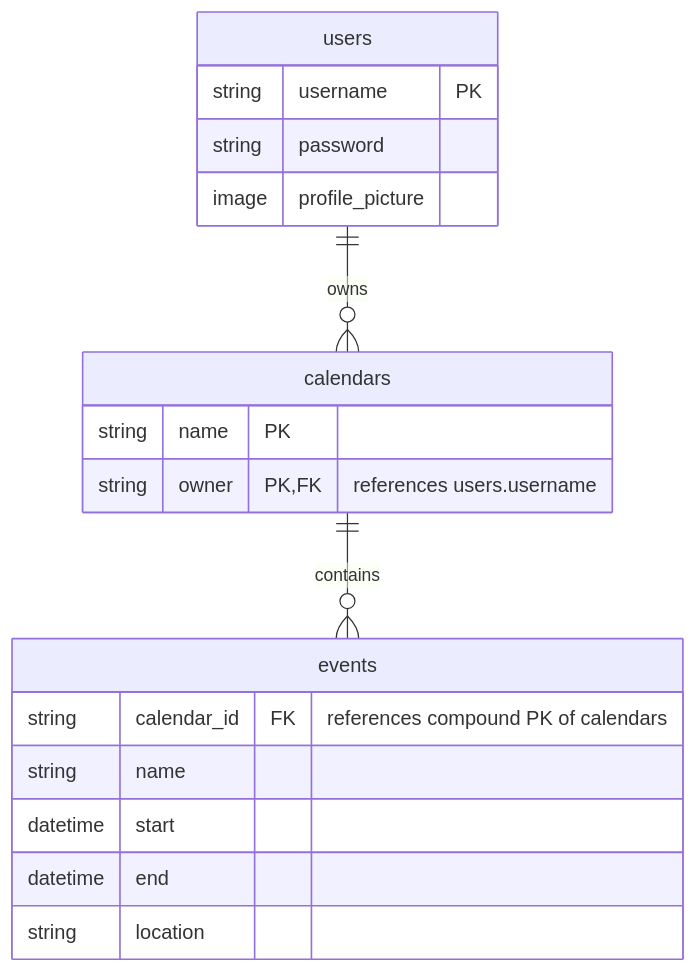
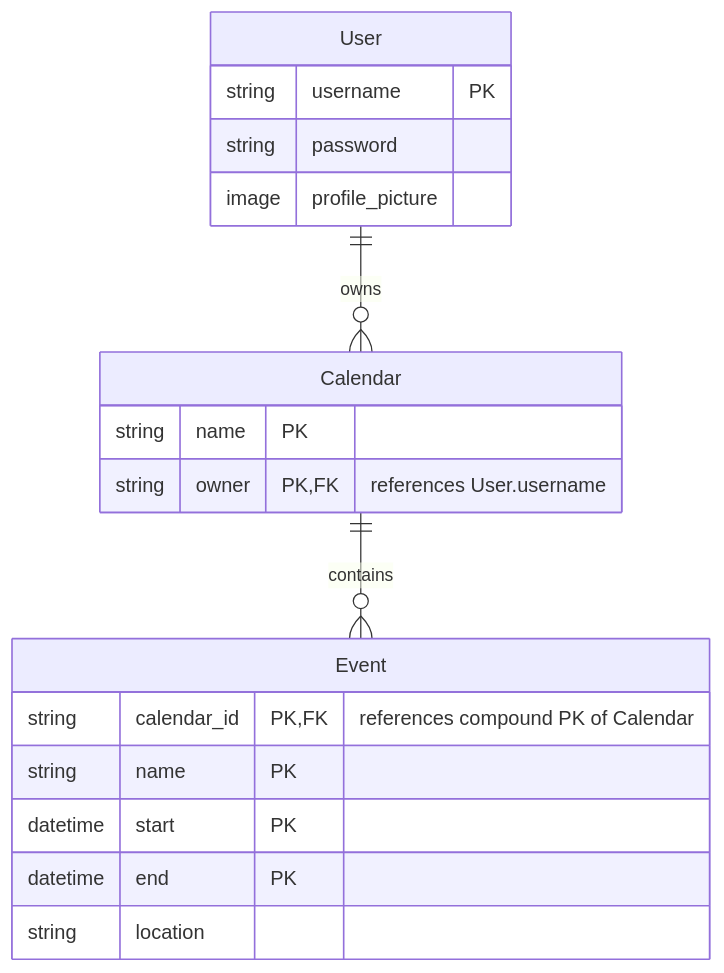
One commit to MatthewMckee4/TimeFrame changed the first of 2 diagrams in README.md. Above: the diagram before and after it, drawn with Mermaid. The commit also changed other lines of this file, not shown here.

````diff
--- a/README.md
+++ b/README.md
@@ -10,24 +10,24 @@
 ```mermaid
 erDiagram
 
-    users ||--o{ calendars : owns
-    users {
+    User ||--o{ Calendar : owns
+    User {
         string username PK
         string password
         image profile_picture
     }
 
-    calendars ||--o{ events : contains
-    calendars {
+    Calendar ||--o{ Event : contains
+    Calendar {
         string name PK
-        string owner PK, FK "references users.username"
+        string owner PK, FK "references User.username"
     }
 
-    events {
-        string calendar_id FK "references compound PK of calendars"
-        string name
-        datetime start
-        datetime end
+    Event {
+        string calendar_id PK, FK "references compound PK of Calendar"
+        string name PK
+        datetime start PK
+        datetime end PK
         string location
     }
 ```
````
